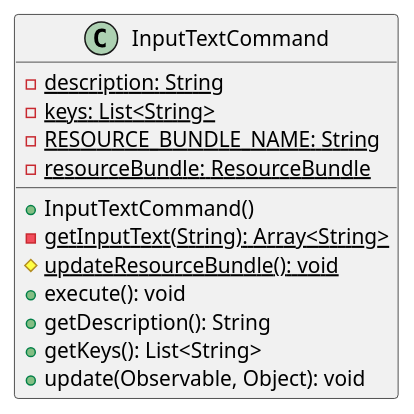
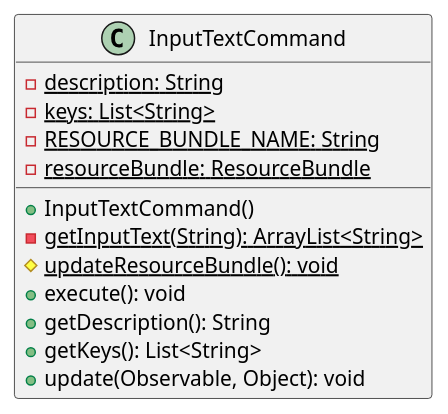
The diagram in malokhvii-eduard/malokhvii04/doc/plantuml/ua/khpi/oop/malokhvii04/shell/commands/text/InputTextCommand.puml (P-Kalin/kit26a), drawn with PlantUML before and after one commit. The commit also changed 9 other files, not shown here.

Commit message:
#1, #3 malokhvii04: update graphs

```diff
--- a/malokhvii-eduard/malokhvii04/doc/plantuml/ua/khpi/oop/malokhvii04/shell/commands/text/InputTextCommand.puml
+++ b/malokhvii-eduard/malokhvii04/doc/plantuml/ua/khpi/oop/malokhvii04/shell/commands/text/InputTextCommand.puml
@@ -1,17 +1,17 @@
 @startuml
 
     class InputTextCommand {
         {static} -description: String
         {static} -keys: List<String>
         {static} -RESOURCE_BUNDLE_NAME: String
         {static} -resourceBundle: ResourceBundle
         +InputTextCommand()
-        {static} -getInputText(String): Array<String>
+        {static} -getInputText(String): ArrayList<String>
         {static} #updateResourceBundle(): void
         +execute(): void
         +getDescription(): String
         +getKeys(): List<String>
         +update(Observable, Object): void
     }
 
 @enduml
```
